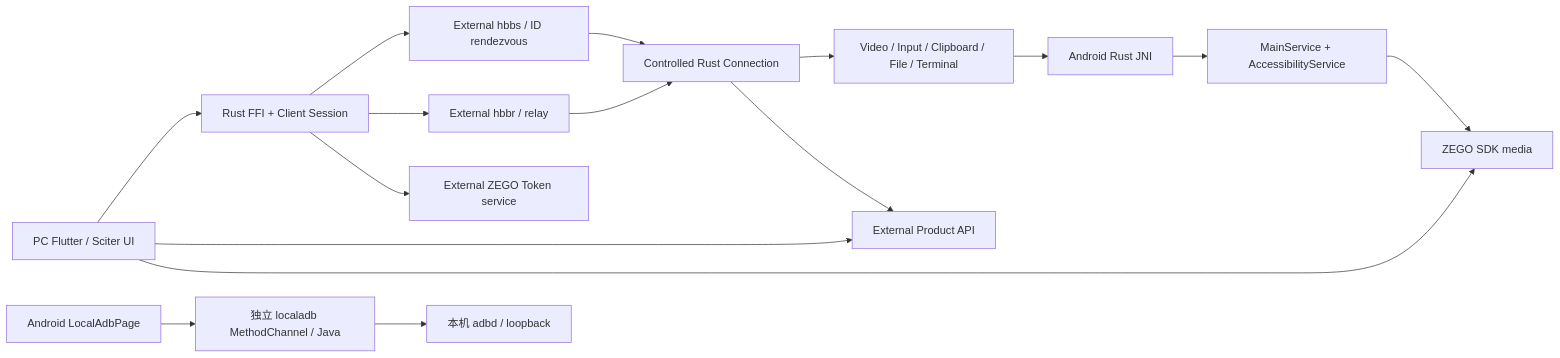
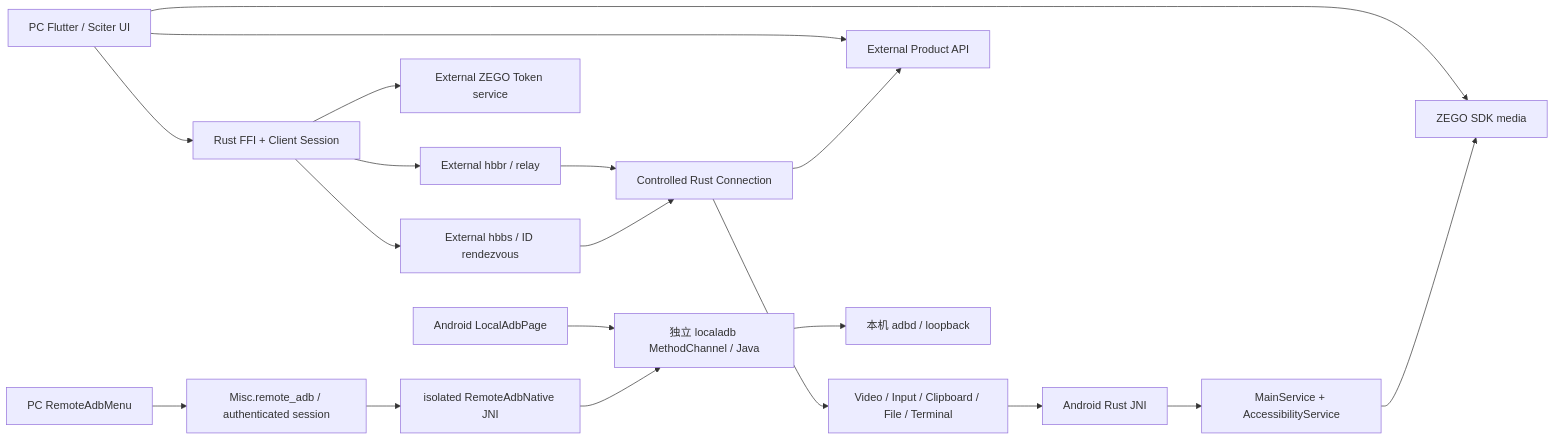
The diagram in docs/AI_ENGINEERING/01_ARCHITECTURE.md (adb-shell/A-Shell-You), drawn with Mermaid before and after one commit. The commit also changed other lines of this file and 50 other files, not shown here.

````diff
--- a/docs/AI_ENGINEERING/01_ARCHITECTURE.md
+++ b/docs/AI_ENGINEERING/01_ARCHITECTURE.md
@@ -7,18 +7,21 @@
 ```mermaid
 flowchart LR
     PCUI["PC Flutter / Sciter UI"] --> PCBridge["Rust FFI + Client Session"]
     PCBridge --> HBBS["External hbbs / ID rendezvous"]
     PCBridge --> HBBR["External hbbr / relay"]
     HBBR --> Endpoint["Controlled Rust Connection"]
     HBBS --> Endpoint
     Endpoint --> Services["Video / Input / Clipboard / File / Terminal"]
     Services --> AndroidJNI["Android Rust JNI"]
     AndroidJNI --> AndroidKotlin["MainService + AccessibilityService"]
     PCUI --> ProductAPI["External Product API"]
     Endpoint --> ProductAPI
     PCBridge --> ZegoToken["External ZEGO Token service"]
     PCUI --> ZegoRTC["ZEGO SDK media"]
     AndroidKotlin --> ZegoRTC
     LocalAdbUI["Android LocalAdbPage"] --> LocalAdbPlugin["独立 localadb MethodChannel / Java"]
     LocalAdbPlugin --> LocalAdbd["本机 adbd / loopback"]
+    RemoteAdbUI["PC RemoteAdbMenu"] --> AdbMessage["Misc.remote_adb / authenticated session"]
+    AdbMessage --> AdbJNI["isolated RemoteAdbNative JNI"]
+    AdbJNI --> LocalAdbPlugin
 ```
````
